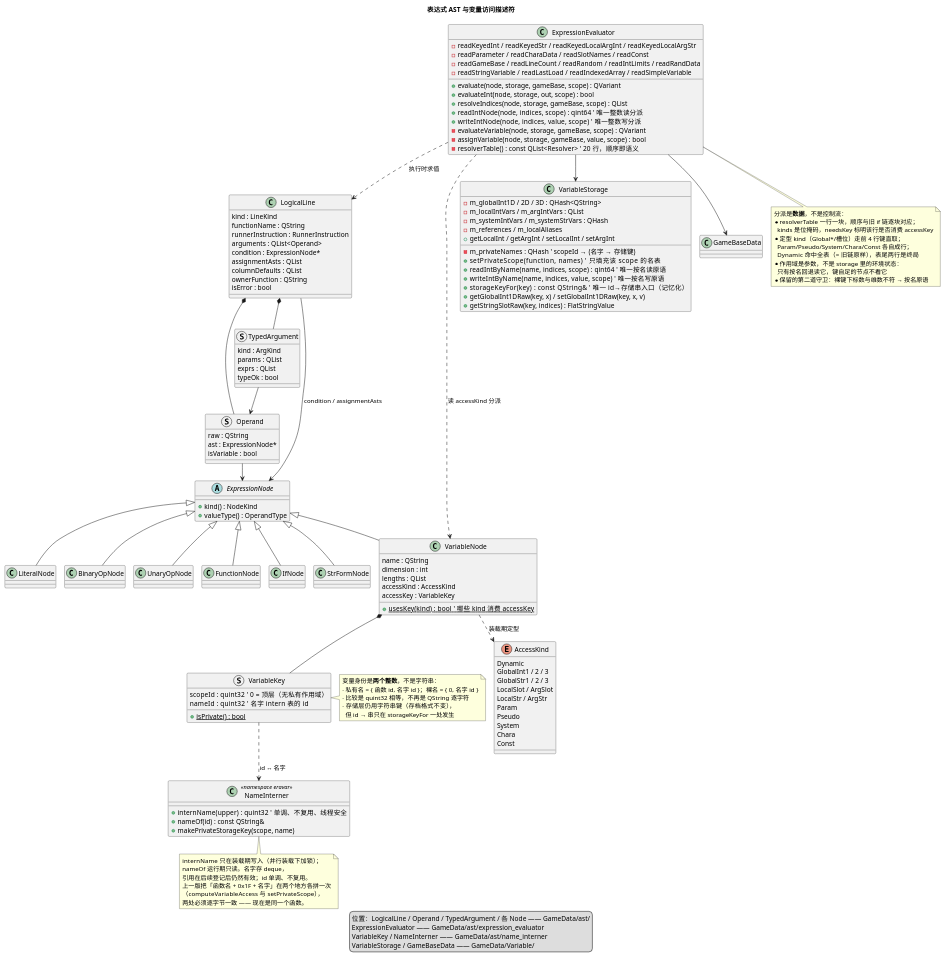
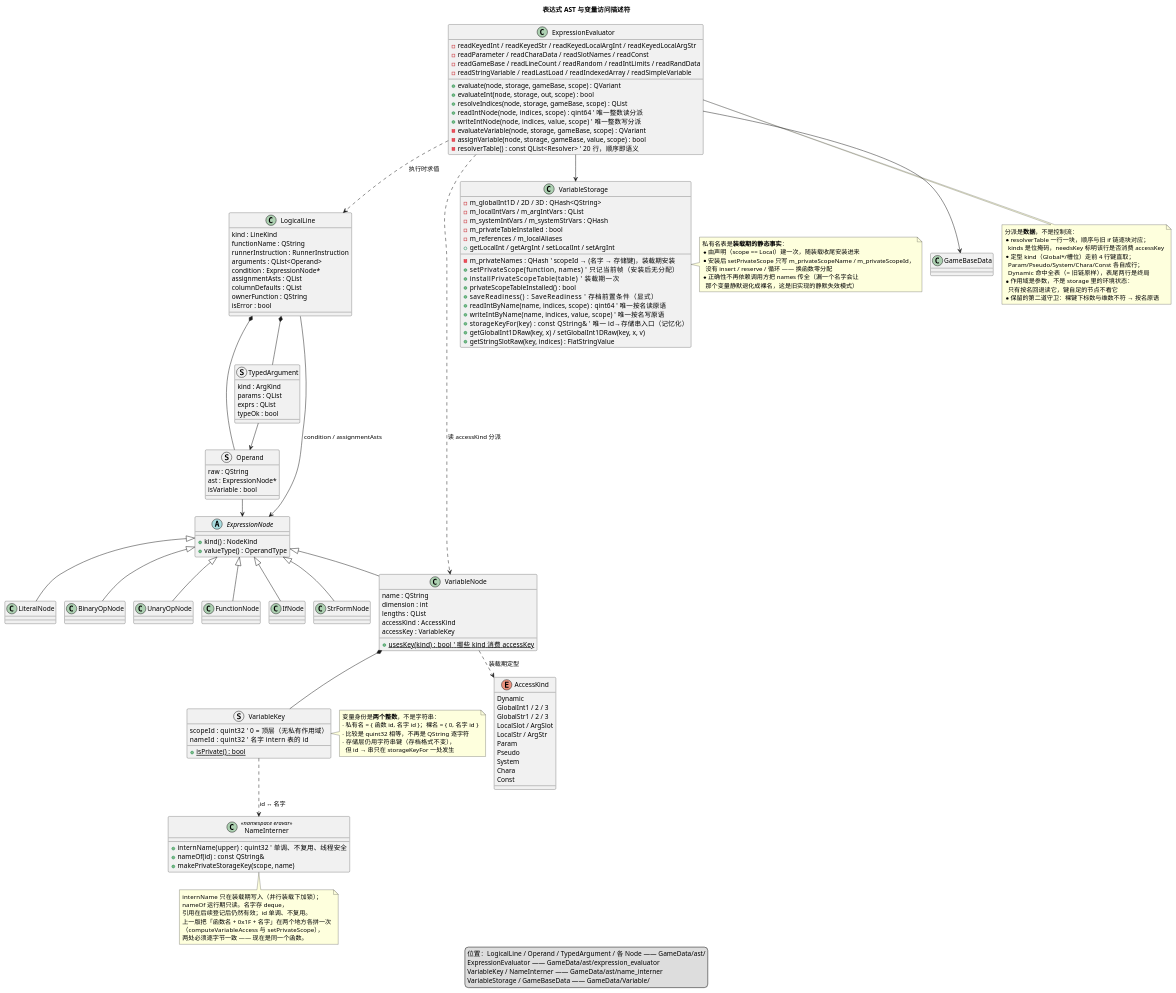
Before and after one commit to yigekuyou/qt-eraemu: the diagram in docs/uml/03-expression-classes.puml, drawn with PlantUML. The commit also changed 6 other files, not shown here.

First line of the commit message:
docs/uml：补存档流、私有名表与阶段机（新增 08-save-load）

```diff
--- a/docs/uml/03-expression-classes.puml
+++ b/docs/uml/03-expression-classes.puml
@@ -1,170 +1,183 @@
 @startuml 03-expression-classes
 ' 无 graphviz(dot) 时用 PlantUML 内置 smetana 布局引擎
 !pragma layout smetana
 ' emuera —— 表达式 AST / 变量访问描述符 / 求值器
 ' 渲染：plantuml -tpng docs/uml/03-expression-classes.puml
 title 表达式 AST 与变量访问描述符
 
   class LogicalLine {
     kind : LineKind
     functionName : QString
     runnerInstruction : RunnerInstruction
     arguments : QList<Operand>
     condition : ExpressionNode*
     assignmentAsts : QList
     columnDefaults : QList
     ownerFunction : QString
     isError : bool
   }
 
   struct Operand {
     raw : QString
     ast : ExpressionNode*
     isVariable : bool
   }
 
   struct TypedArgument {
     kind : ArgKind
     params : QList
     exprs : QList
     typeOk : bool
   }
 
   abstract class ExpressionNode {
     + kind() : NodeKind
     + valueType() : OperandType
   }
 
   class LiteralNode
   class BinaryOpNode
   class UnaryOpNode
   class FunctionNode
   class IfNode
   class StrFormNode
 
   class VariableNode {
     name : QString
     dimension : int
     lengths : QList
     accessKind : AccessKind
     accessKey : VariableKey
     {static} + usesKey(kind) : bool   ' 哪些 kind 消费 accessKey
   }
 
   struct VariableKey {
     scopeId : quint32   ' 0 = 顶层（无私有作用域）
     nameId : quint32    ' 名字 intern 表的 id
     {static} + isPrivate() : bool
   }
 
   class NameInterner <<namespace eravar>> {
     + internName(upper) : quint32   ' 单调、不复用、线程安全
     + nameOf(id) : const QString&
     + makePrivateStorageKey(scope, name)
     ' 全仓库唯一知道 0x1F 的地方：
     ' 「作用域串 + 0x1F + 名字串」只在这里拼
   }
 
   enum AccessKind {
     Dynamic
     GlobalInt1 / 2 / 3
     GlobalStr1 / 2 / 3
     LocalSlot / ArgSlot
     LocalStr / ArgStr
     Param
     Pseudo
     System
     Chara
     Const
   }
 
   class ExpressionEvaluator {
     + evaluate(node, storage, gameBase, scope) : QVariant
     + evaluateInt(node, storage, out, scope) : bool
     + resolveIndices(node, storage, gameBase, scope) : QList
     + readIntNode(node, indices, scope) : qint64   ' 唯一整数读分派
     + writeIntNode(node, indices, value, scope)    ' 唯一整数写分派
     - evaluateVariable(node, storage, gameBase, scope) : QVariant
     - assignVariable(node, storage, gameBase, value, scope) : bool
     - resolverTable() : const QList<Resolver>  ' 20 行，顺序即语义
     - readKeyedInt / readKeyedStr / readKeyedLocalArgInt / readKeyedLocalArgStr
     - readParameter / readCharaData / readSlotNames / readConst
     - readGameBase / readLineCount / readRandom / readIntLimits / readRandData
     - readStringVariable / readLastLoad / readIndexedArray / readSimpleVariable
   }
 
   class VariableStorage {
     - m_globalInt1D / 2D / 3D : QHash<QString>
     - m_localIntVars / m_argIntVars : QList
     - m_systemIntVars / m_systemStrVars : QHash
-    - m_privateNames : QHash   ' scopeId → (名字 → 存储键)
+    - m_privateNames : QHash   ' scopeId → (名字 → 存储键)，装载期安装
+    - m_privateTableInstalled : bool
     - m_references / m_localAliases
-    + setPrivateScope(function, names)          ' 只填充该 scope 的名表
+    + setPrivateScope(function, names)          ' 只记当前帧（安装后无分配）
+    + installPrivateScopeTable(table)           ' 装载期一次
+    + privateScopeTableInstalled() : bool
+    + saveReadiness() : SaveReadiness           ' 存档前置条件（显式）
     + readIntByName(name, indices, scope) : qint64   ' 唯一按名读原语
     + writeIntByName(name, indices, value, scope)    ' 唯一按名写原语
     + storageKeyFor(key) : const QString&       ' 唯一 id→存储串入口（记忆化）
     + getGlobalInt1DRaw(key, x) / setGlobalInt1DRaw(key, x, v)
     + getStringSlotRaw(key, indices) : FlatStringValue
     + getLocalInt / getArgInt / setLocalInt / setArgInt
   }
 
 class GameBaseData
 
 LogicalLine *-- Operand
 LogicalLine *-- TypedArgument
 LogicalLine --> ExpressionNode : condition / assignmentAsts
 Operand --> ExpressionNode
 TypedArgument --> Operand
 
 ExpressionNode <|-- LiteralNode
 ExpressionNode <|-- VariableNode
 ExpressionNode <|-- BinaryOpNode
 ExpressionNode <|-- UnaryOpNode
 ExpressionNode <|-- FunctionNode
 ExpressionNode <|-- IfNode
 ExpressionNode <|-- StrFormNode
 
 VariableNode *-- VariableKey
 VariableNode ..> AccessKind : 装载期定型
 VariableKey ..> NameInterner : id ↔ 名字
 ExpressionEvaluator ..> VariableNode : 读 accessKind 分派
 ExpressionEvaluator --> VariableStorage
 ExpressionEvaluator --> GameBaseData
 ExpressionEvaluator ..> LogicalLine : 执行时求值
 
 legend bottom
   位置：LogicalLine / Operand / TypedArgument / 各 Node —— GameData/ast/
   ExpressionEvaluator —— GameData/ast/expression_evaluator
   VariableKey / NameInterner —— GameData/ast/name_interner
   VariableStorage / GameBaseData —— GameData/Variable/
 endlegend
 
 note right of VariableKey
   变量身份是**两个整数**，不是字符串：
   · 私有名 = { 函数 id, 名字 id }；裸名 = { 0, 名字 id }
   · 比较是 quint32 相等，不再是 QString 逐字符
   · 存储层仍用字符串键（存档格式不变），
     但 id → 串只在 storageKeyFor 一处发生
 end note
 
+note right of VariableStorage
+  私有名表是**装载期的静态事实**：
+  * 由声明（scope == Local）建一次，随装载收尾安装进来
+  * 安装后 setPrivateScope 只写 m_privateScopeName / m_privateScopeId，
+    没有 insert / reserve / 循环 —— 换函数零分配
+  * 正确性不再依赖调用方把 names 传全（漏一个名字会让
+    那个变量静默退化成裸名，这是旧实现的静默失效模式）
+end note
+
 note bottom of NameInterner
   internName 只在装载期写入（并行装载下加锁）；
   nameOf 运行期只读。名字存 deque，
   引用在后续登记后仍然有效；id 单调、不复用。
   上一版把「函数名 + 0x1F + 名字」在两个地方各拼一次
   （computeVariableAccess 与 setPrivateScope），
   两处必须逐字节一致 —— 现在是同一个函数。
 end note
 
 note bottom of ExpressionEvaluator
   分派是**数据**，不是控制流：
   * resolverTable 一行一块，顺序与旧 if 链逐块对应；
     kinds 是位掩码，needsKey 标明该行是否消费 accessKey
   * 定型 kind（Global*/槽位）走前 4 行键直取；
     Param/Pseudo/System/Chara/Const 各自成行；
     Dynamic 命中全表（= 旧链原样），表尾两行是终局
   * 作用域是参数，不是 storage 里的环境状态：
     只有按名回退读它，键自足的节点不看它
   * 保留的第二道守卫：裸键下标数与维数不符 → 按名原语
 end note
 @enduml
```
